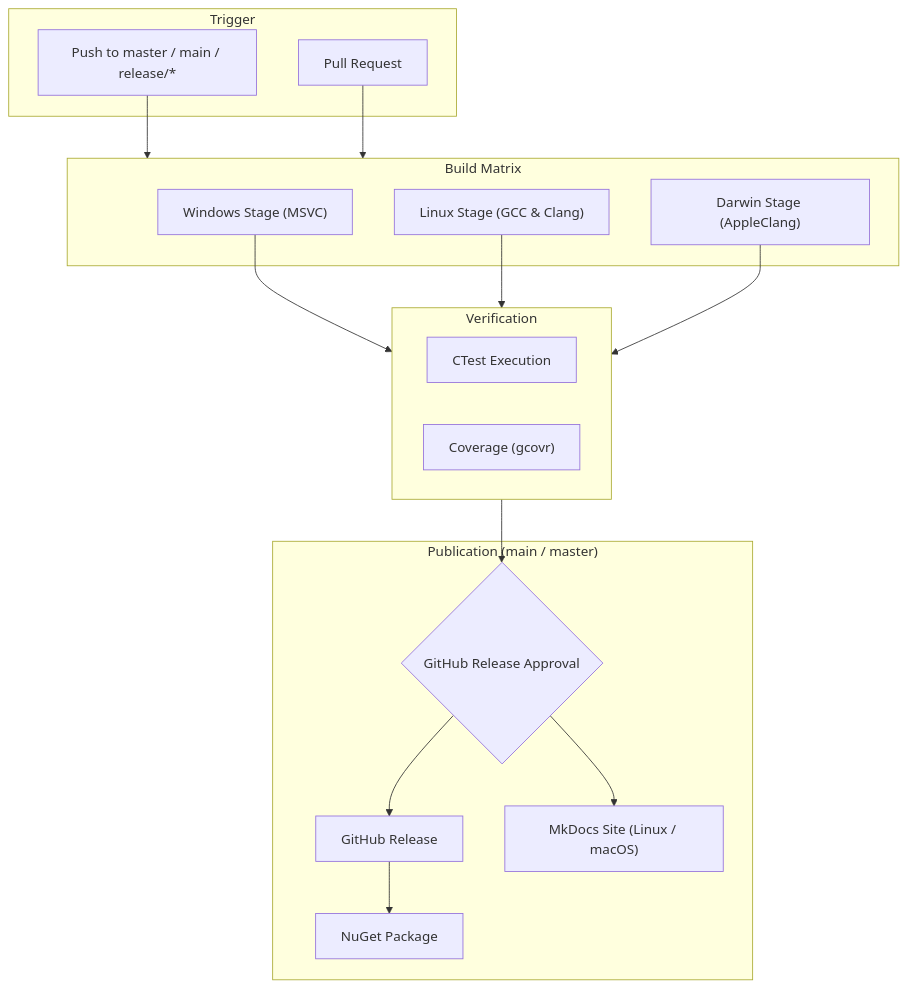
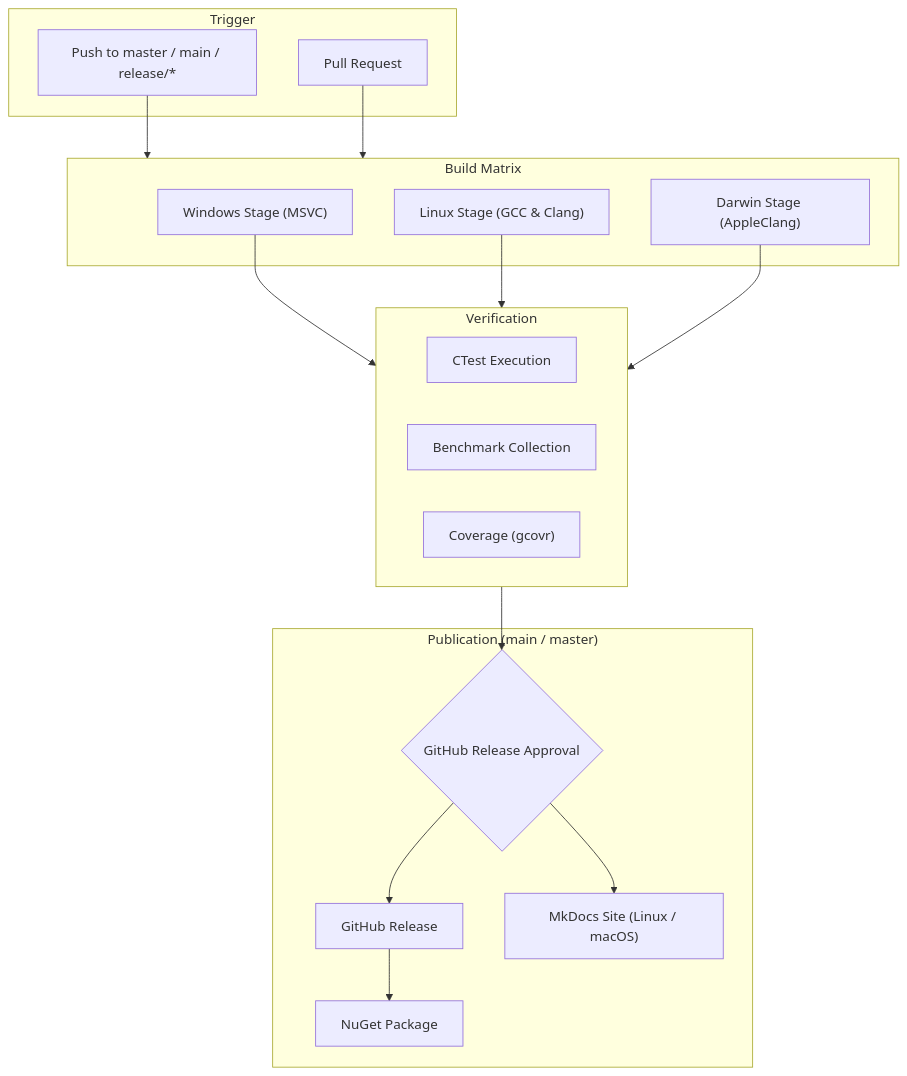
Before and after one commit to SiddiqSoft/arrp: the diagram in docs/maintainers/pipelines.md, drawn with Mermaid. The commit also changed other lines of this file and 94 other files, not shown here.

````diff
--- a/docs/maintainers/pipelines.md
+++ b/docs/maintainers/pipelines.md
@@ -11,35 +11,36 @@
 ```mermaid
 flowchart TD
     subgraph Triggers["Trigger"]
         T1["Push to master / main / release/*"]
         T2["Pull Request"]
     end
 
     subgraph Matrix["Build Matrix"]
         W["Windows Stage (MSVC)"]
         L["Linux Stage (GCC & Clang)"]
         D["Darwin Stage (AppleClang)"]
     end
 
     subgraph Verification["Verification"]
         V1["CTest Execution"]
-        V2["Coverage (gcovr)"]
+        V2["Benchmark Collection"]
+        V3["Coverage (gcovr)"]
     end
 
     subgraph Publish["Publication (main / master)"]
         G1{"GitHub Release Approval"}
         P1["GitHub Release"]
         P0["NuGet Package"]
         P2["MkDocs Site (Linux / macOS)"]
     end
 
     T1 --> Matrix
     T2 --> Matrix
     W --> Verification
     L --> Verification
     D --> Verification
     Verification --> G1
     G1 --> P1
     P1 --> P0
     G1 --> P2
 ```
````
